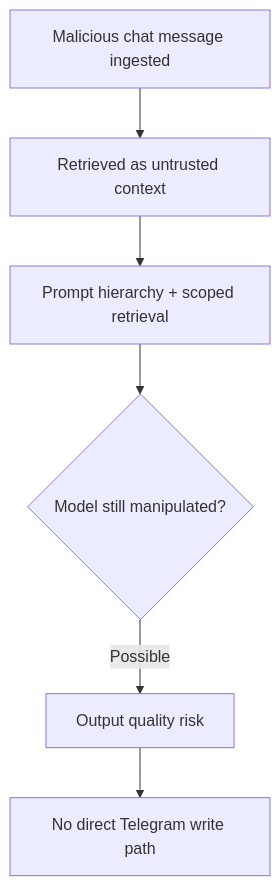
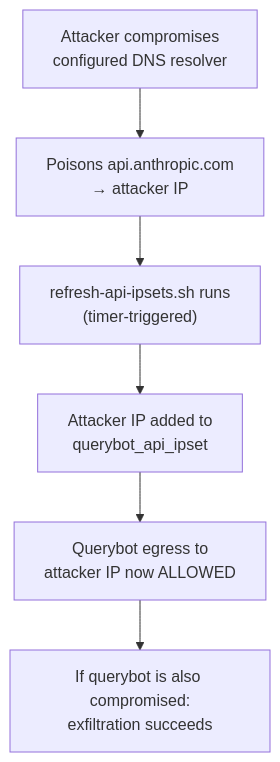
Before and after one commit to obheda12/telelocal: the seventh of 7 diagrams in tg-assistant/docs/SECURITY_MODEL.md, drawn with Mermaid. The commit also changed other lines of this file, not shown here.

First line of the commit message:
Rewrite security threat model with architectural depth and structural improvements

````diff
--- a/tg-assistant/docs/SECURITY_MODEL.md
+++ b/tg-assistant/docs/SECURITY_MODEL.md
@@ -435,8 +623,8 @@
 ```mermaid
 flowchart TD
-    A["Malicious chat message ingested"] --> B["Retrieved as untrusted context"]
-    B --> C["Prompt hierarchy + scoped retrieval"]
-    C --> D{"Model still manipulated?"}
-    D -->|Possible| E["Output quality risk"]
-    E --> F["No direct Telegram write path"]
+    A["Attacker compromises<br/>configured DNS resolver"] --> B["Poisons api.anthropic.com<br/>→ attacker IP"]
+    B --> C["refresh-api-ipsets.sh runs<br/>(timer-triggered)"]
+    C --> D["Attacker IP added to<br/>querybot_api_ipset"]
+    D --> E["Querybot egress to<br/>attacker IP now ALLOWED"]
+    E --> F["If querybot is also compromised:<br/>exfiltration succeeds"]
 ```
````
